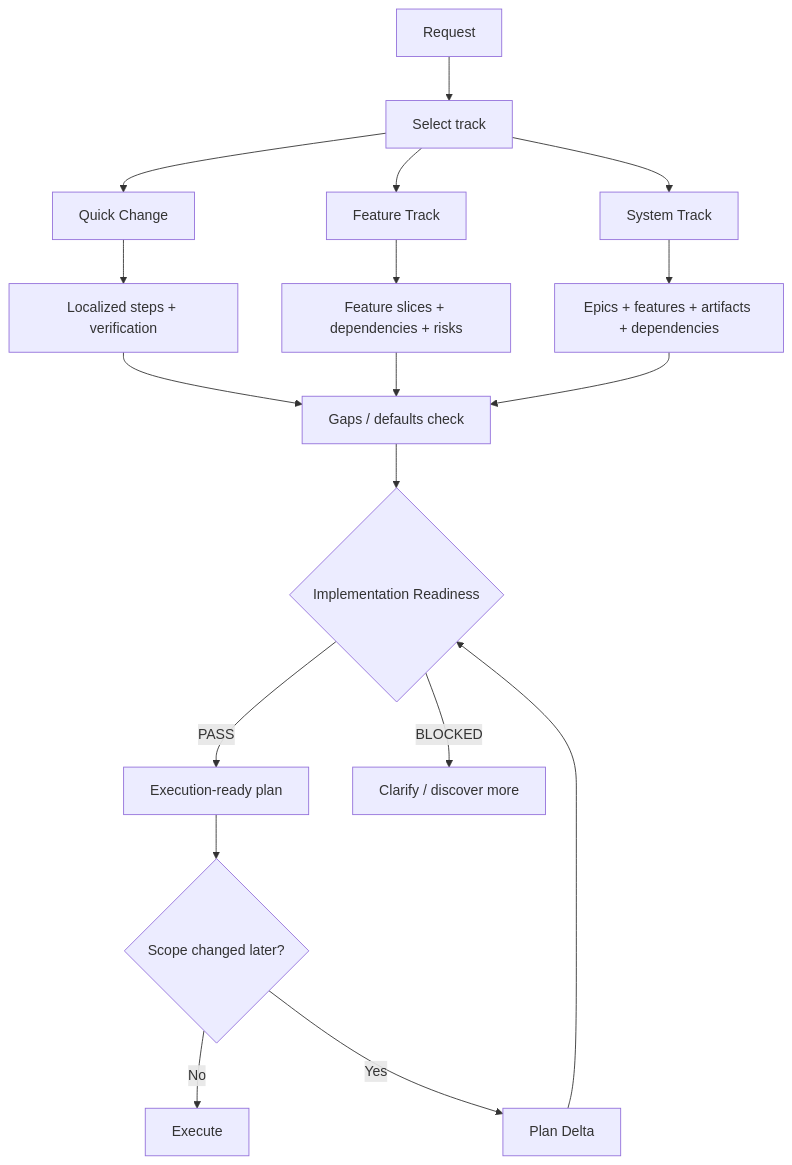
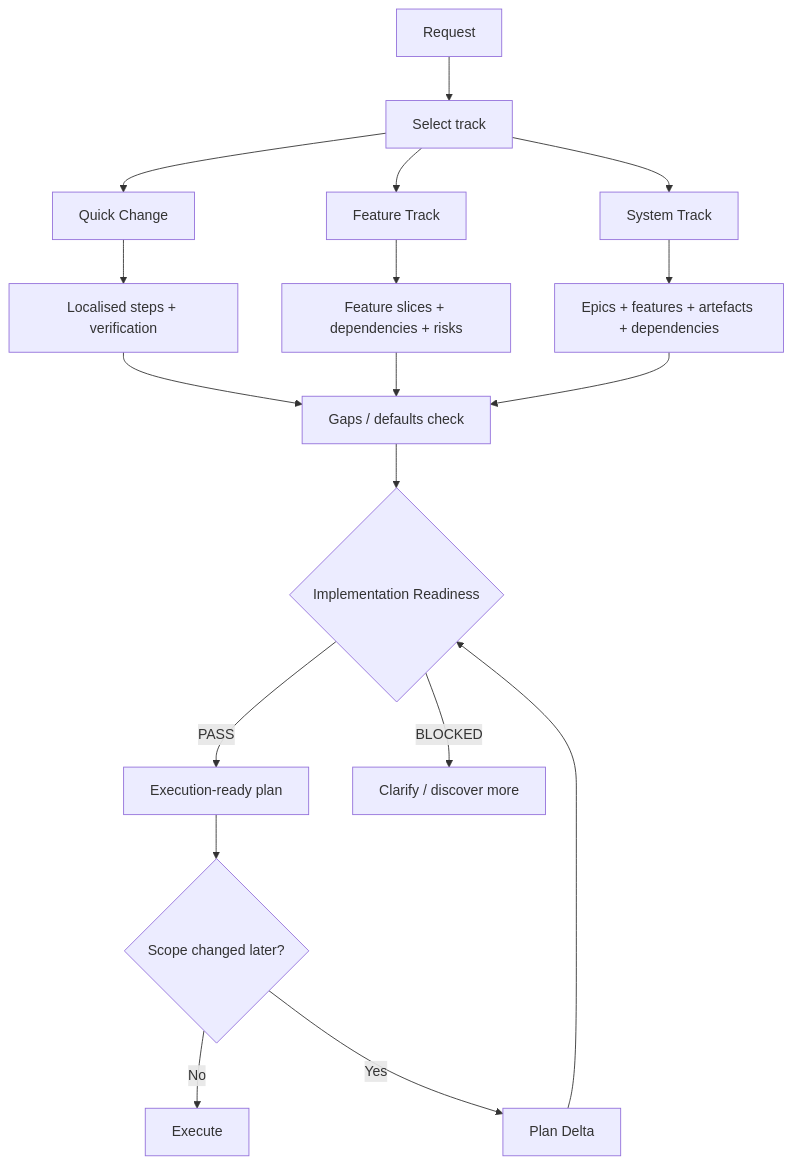
One commit to JOHNEPPILLAR/the-synth-eng-core changed the second of 3 diagrams in README.md. Above: the diagram before and after it, drawn with Mermaid. The commit also changed other lines of this file and 25 other files, not shown here.

Commit message:
Enhance clarity in planning and verification processes and introduce a new whiteboard architecture document outlining the system's design and operational principles.

````diff
--- a/README.md
+++ b/README.md
@@ -239,25 +239,25 @@
 ```mermaid
 flowchart TD
     S["Request"] --> T["Select track"]
 
     T --> Q["Quick Change"]
     T --> F["Feature Track"]
     T --> SY["System Track"]
 
-    Q --> D1["Localized steps + verification"]
+    Q --> D1["Localised steps + verification"]
     F --> D2["Feature slices + dependencies + risks"]
-    SY --> D3["Epics + features + artifacts + dependencies"]
+    SY --> D3["Epics + features + artefacts + dependencies"]
 
     D1 --> G["Gaps / defaults check"]
     D2 --> G
     D3 --> G
 
     G --> READY{"Implementation Readiness"}
     READY -- "PASS" --> PLAN["Execution-ready plan"]
     READY -- "BLOCKED" --> STOP["Clarify / discover more"]
 
     PLAN --> CHANGE{"Scope changed later?"}
     CHANGE -- "No" --> EXECUTE["Execute"]
     CHANGE -- "Yes" --> DELTA["Plan Delta"]
     DELTA --> READY
 ```
````
